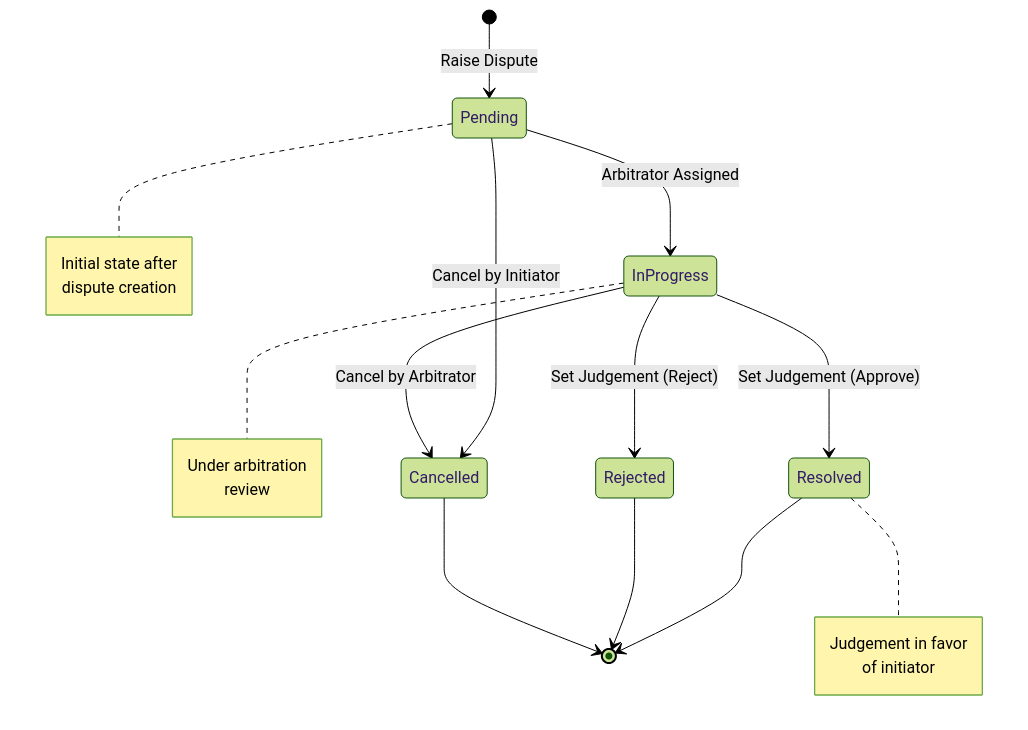
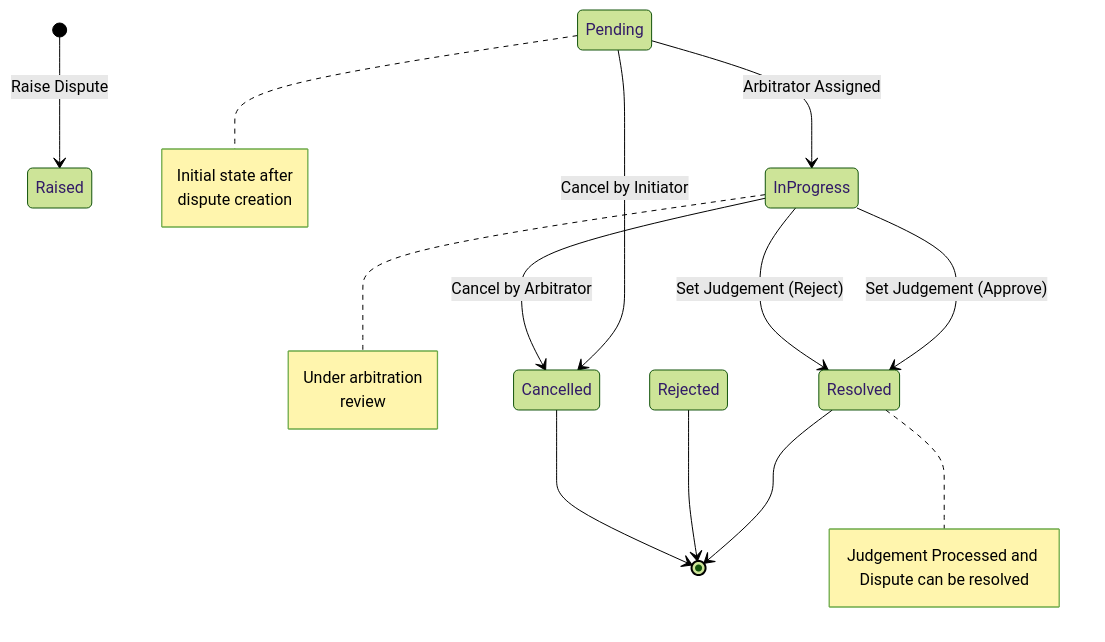
One commit to ETIM-PAUL/SentryMark changed the fifth of 7 diagrams in README.md. Above: the diagram before and after it, drawn with Mermaid (forest theme). The commit also changed other lines of this file and 4 other files, not shown here.

````diff
--- a/README.md
+++ b/README.md
@@ -378,27 +379,26 @@
 ```mermaid
 stateDiagram-v2
-    [*] --> Pending: Raise Dispute
+    [*] --> Raised: Raise Dispute
     Pending --> InProgress: Arbitrator Assigned
     InProgress --> Resolved: Set Judgement (Approve)
-    InProgress --> Rejected: Set Judgement (Reject)
+    InProgress --> Resolved: Set Judgement (Reject)
     Pending --> Cancelled: Cancel by Initiator
     InProgress --> Cancelled: Cancel by Arbitrator
     Resolved --> [*]
     Rejected --> [*]
     Cancelled --> [*]
 
     note right of Pending
         Initial state after
         dispute creation
     end note
 
     note right of InProgress
         Under arbitration
         review
     end note
 
     note right of Resolved
-        Judgement in favor
-        of initiator
+        Judgement Processed and Dispute can be resolved
     end note
 ```
````
